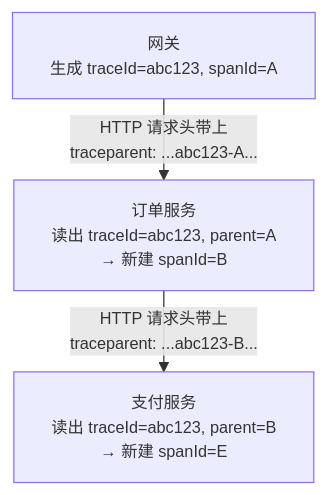
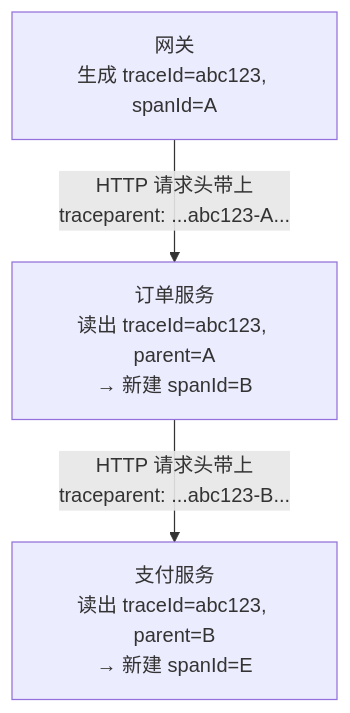
Before and after one commit to rebibabo/rebibabo.github.io: the diagram in images/Java-advanced/IMG-20260707-000031.mmd, drawn with Mermaid. The commit also changed 110 other files, not shown here.

```diff
--- a/images/Java-advanced/IMG-20260707-000031.mmd
+++ b/images/Java-advanced/IMG-20260707-000031.mmd
@@ -1,4 +1,3 @@
-%%{init: {"flowchart":{"nodeSpacing":14,"rankSpacing":26,"curve":"linear","diagramPadding":6},"themeVariables":{"fontSize":"13px"}}}%%
-flowchart TB
+graph TB
     GW["网关<br/>生成 traceId=abc123, spanId=A"] -->|"HTTP 请求头带上<br/>traceparent: ...abc123-A..."| Order["订单服务<br/>读出 traceId=abc123, parent=A<br/>→ 新建 spanId=B"]
     Order -->|"HTTP 请求头带上<br/>traceparent: ...abc123-B..."| Payment["支付服务<br/>读出 traceId=abc123, parent=B<br/>→ 新建 spanId=E"]
```
